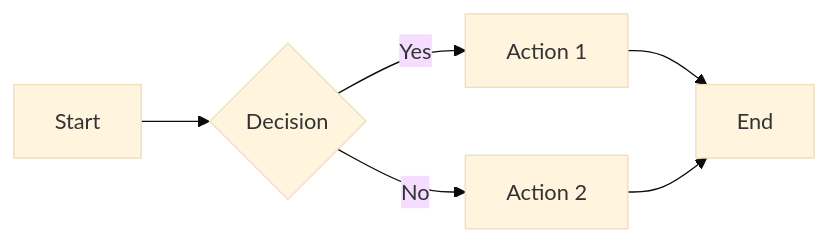
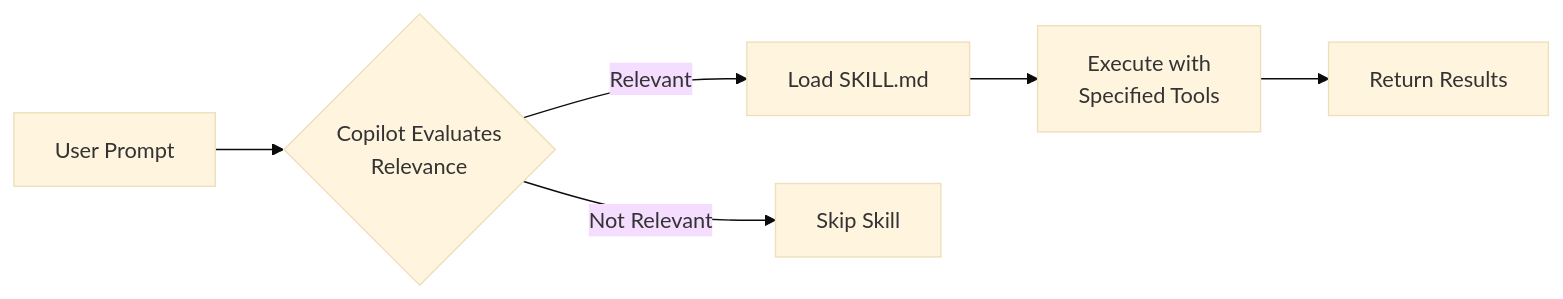
The first of 4 diagrams in slides/Slides.md (codebytes/agent-skills), drawn with Mermaid (base theme) before and after one commit. The commit also changed other lines of this file and 10 other files, not shown here.

```diff
--- a/slides/Slides.md
+++ b/slides/Slides.md
@@ -171,8 +111,8 @@
 <div class="mermaid">
 flowchart LR
-    A[Start] --> B{Decision}
-    B -->|Yes| C[Action 1]
-    B -->|No| D[Action 2]
-    C --> E[End]
-    D --> E
+    A[User Prompt] --> B{Copilot Evaluates<br/>Relevance}
+    B -->|Relevant| C[Load SKILL.md]
+    B -->|Not Relevant| D[Skip Skill]
+    C --> E[Execute with<br/>Specified Tools]
+    E --> F[Return Results]
 </div>
```
